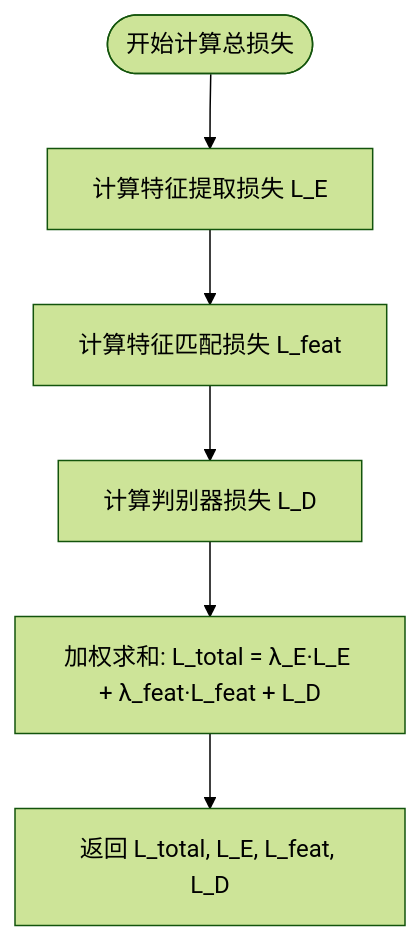
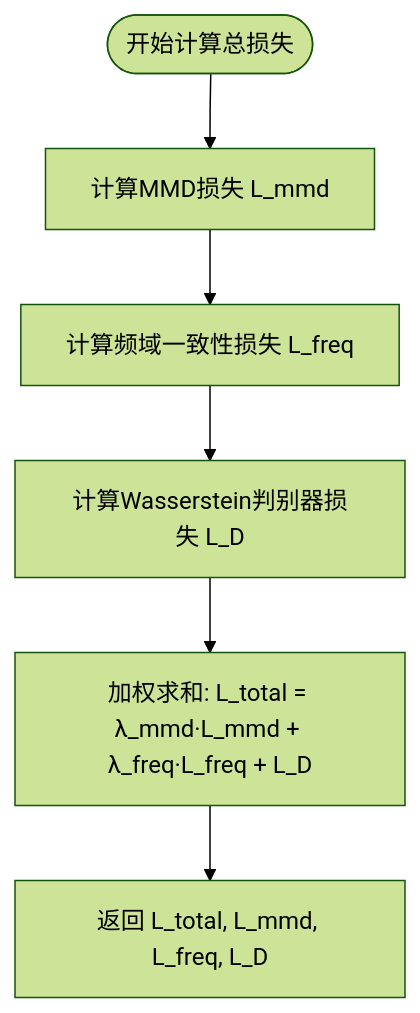
Before and after one commit to Opao-heng/CSI: the first of 2 diagrams in .qoder/repowiki/zh/content/生成对抗网络（GAN）模型/损失函数.md, drawn with Mermaid (forest theme). The commit also changed other lines of this file and 35 other files, not shown here.

````diff
--- a/.qoder/repowiki/zh/content/生成对抗网络（GAN）模型/损失函数.md
+++ b/.qoder/repowiki/zh/content/生成对抗网络（GAN）模型/损失函数.md
@@ -53,8 +81,8 @@
 ```mermaid
 flowchart TD
-Start([开始计算总损失]) --> CalcLE["计算特征提取损失 L_E"]
-CalcLE --> CalcLFeat["计算特征匹配损失 L_feat"]
-CalcLFeat --> CalcLD["计算判别器损失 L_D"]
-CalcLD --> WeightSum["加权求和: L_total = λ_E·L_E + λ_feat·L_feat + L_D"]
-WeightSum --> Return["返回 L_total, L_E, L_feat, L_D"]
+Start([开始计算总损失]) --> CalcMMD["计算MMD损失 L_mmd"]
+CalcMMD --> CalcFreq["计算频域一致性损失 L_freq"]
+CalcFreq --> CalcWD["计算Wasserstein判别器损失 L_D"]
+CalcWD --> WeightSum["加权求和: L_total = λ_mmd·L_mmd + λ_freq·L_freq + L_D"]
+WeightSum --> Return["返回 L_total, L_mmd, L_freq, L_D"]
 ```
````
